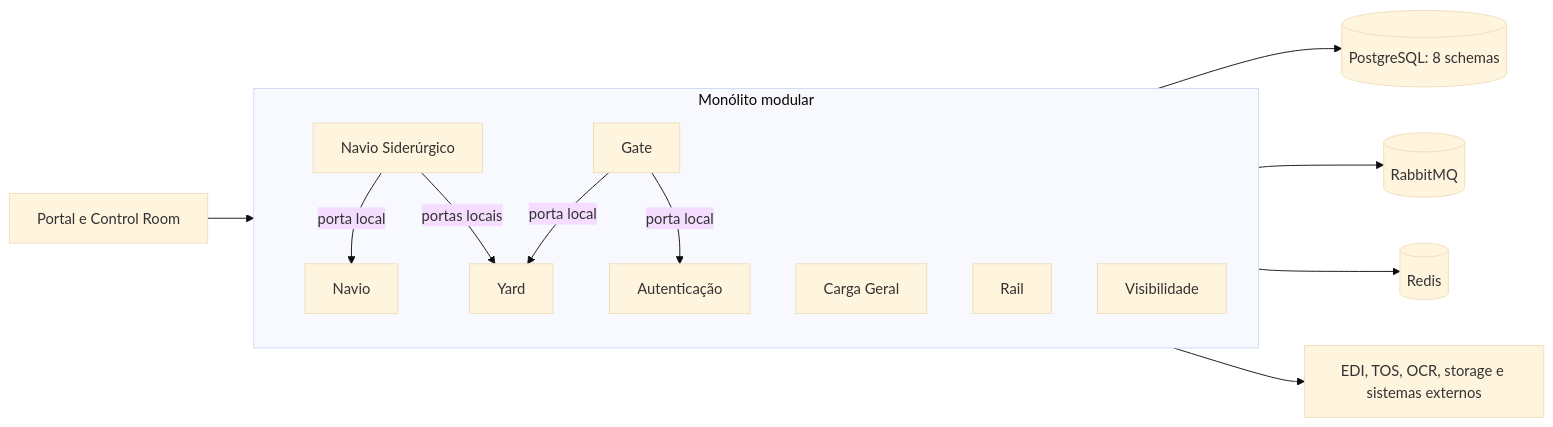
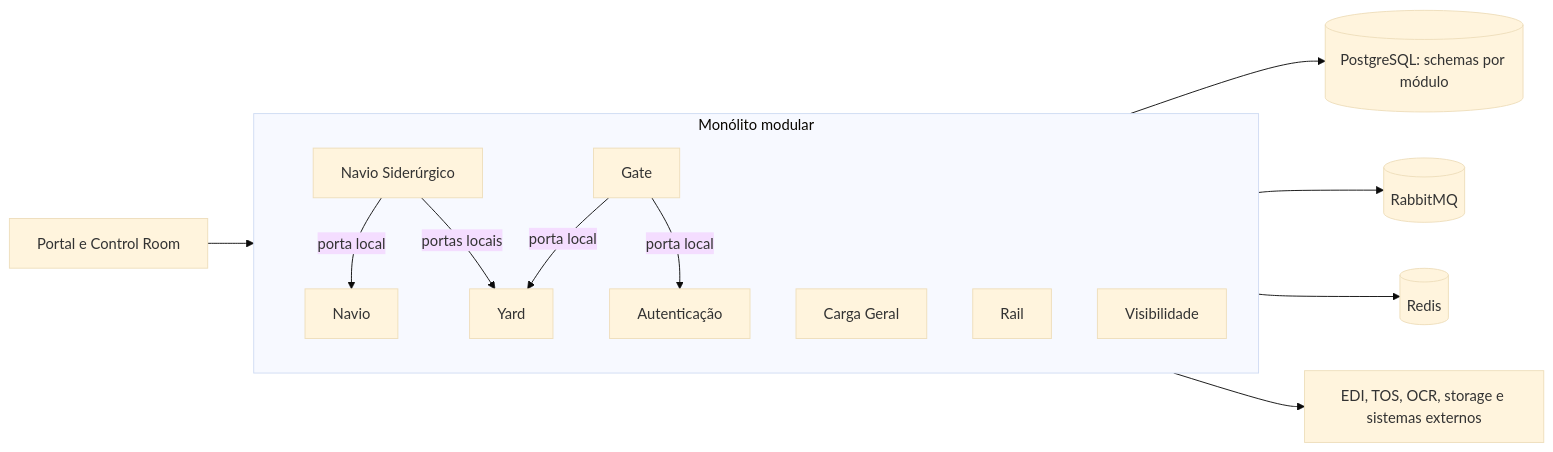
Before and after one commit to diogo2806/CloudPort: the diagram in README.md, drawn with Mermaid (base theme). The commit also changed other lines of this file, not shown here.

````diff
--- a/README.md
+++ b/README.md
@@ -50,25 +112,25 @@
 ```mermaid
 flowchart LR
     FE[Portal e Control Room] --> API[cloudport-runtime :8080]
 
     subgraph API[Monólito modular]
         AUTH[Autenticação]
         CGO[Carga Geral]
         GATE[Gate]
         RAIL[Rail]
         YARD[Yard]
         NAVIO[Navio]
         SID[Navio Siderúrgico]
         VIS[Visibilidade]
 
         SID -->|porta local| NAVIO
         SID -->|portas locais| YARD
         GATE -->|porta local| YARD
         GATE -->|porta local| AUTH
     end
 
-    API --> PG[(PostgreSQL: 8 schemas)]
+    API --> PG[(PostgreSQL: schemas por módulo)]
     API --> MQ[(RabbitMQ)]
     API --> REDIS[(Redis)]
     API --> EXT[EDI, TOS, OCR, storage e sistemas externos]
 ```
````
